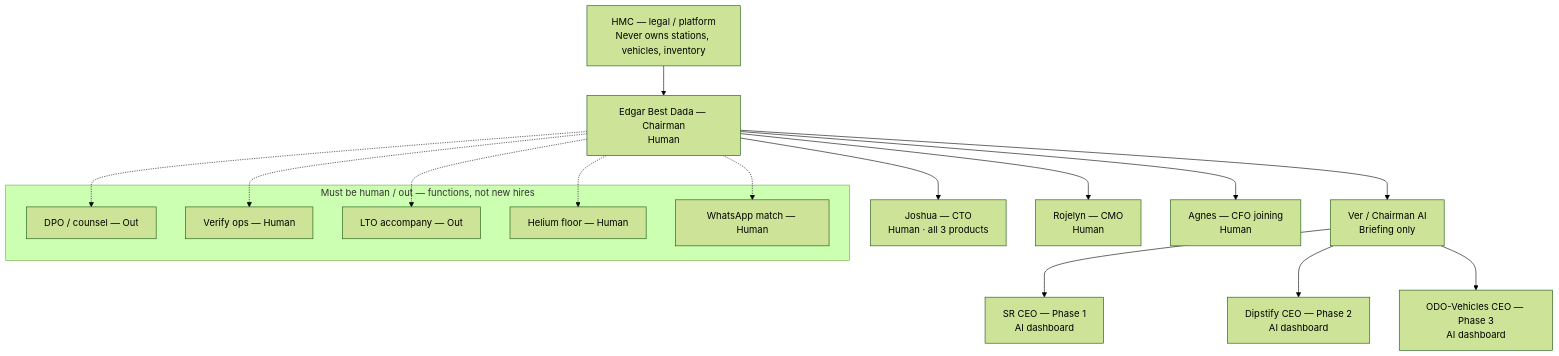
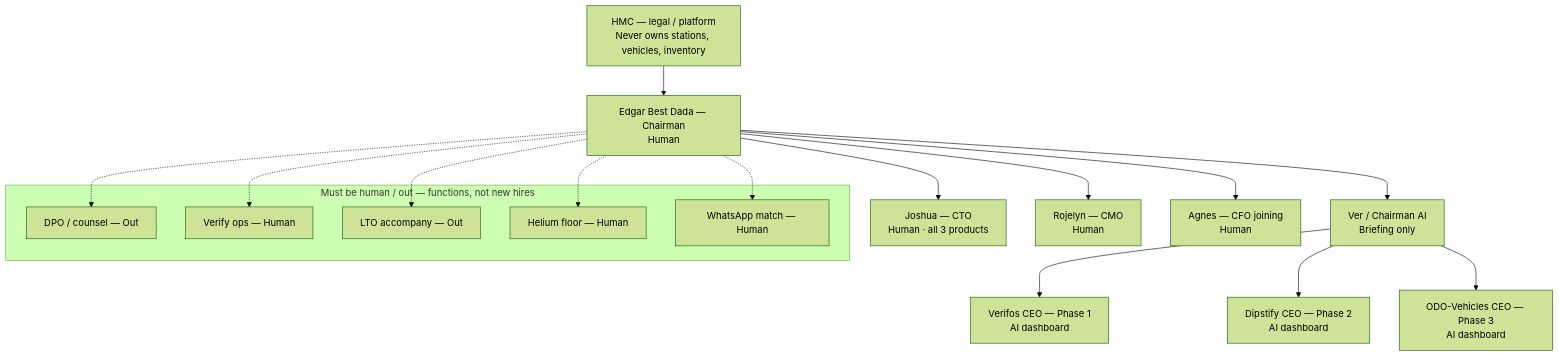
One commit to hdashadm-afk/TVGSUOS changed the first of 5 diagrams in docs/ORG_CHART.md. Above: the diagram before and after it, drawn with Mermaid (forest theme). The commit also changed other lines of this file and 23 other files, not shown here.

````diff
--- a/docs/ORG_CHART.md
+++ b/docs/ORG_CHART.md
@@ -43,35 +43,35 @@
 ```mermaid
 flowchart TB
   HMC["HMC — legal / platform\nNever owns stations, vehicles, inventory"]
   BEST["Edgar Best Dada — Chairman\nHuman"]
   VER["Ver / Chairman AI\nBriefing only"]
-  SR["SR CEO — Phase 1\nAI dashboard"]
+  SR["Verifos CEO — Phase 1\nAI dashboard"]
   DIP["Dipstify CEO — Phase 2\nAI dashboard"]
   ODO["ODO-Vehicles CEO — Phase 3\nAI dashboard"]
   JOSH["Joshua — CTO\nHuman · all 3 products"]
   ROJ["Rojelyn — CMO\nHuman"]
   AGN["Agnes — CFO joining\nHuman"]
 
   HMC --> BEST
   BEST --> VER
   BEST --> JOSH
   BEST --> ROJ
   BEST --> AGN
   VER --> SR
   VER --> DIP
   VER --> ODO
 
   subgraph functions ["Must be human / out — functions, not new hires"]
     DPO["DPO / counsel — Out"]
     VOPS["Verify ops — Human"]
     LTO["LTO accompany — Out"]
     FLOOR["Helium floor — Human"]
     WA["WhatsApp match — Human"]
   end
 
   BEST -.-> DPO
   BEST -.-> VOPS
   BEST -.-> LTO
   BEST -.-> FLOOR
   BEST -.-> WA
 ```
````
